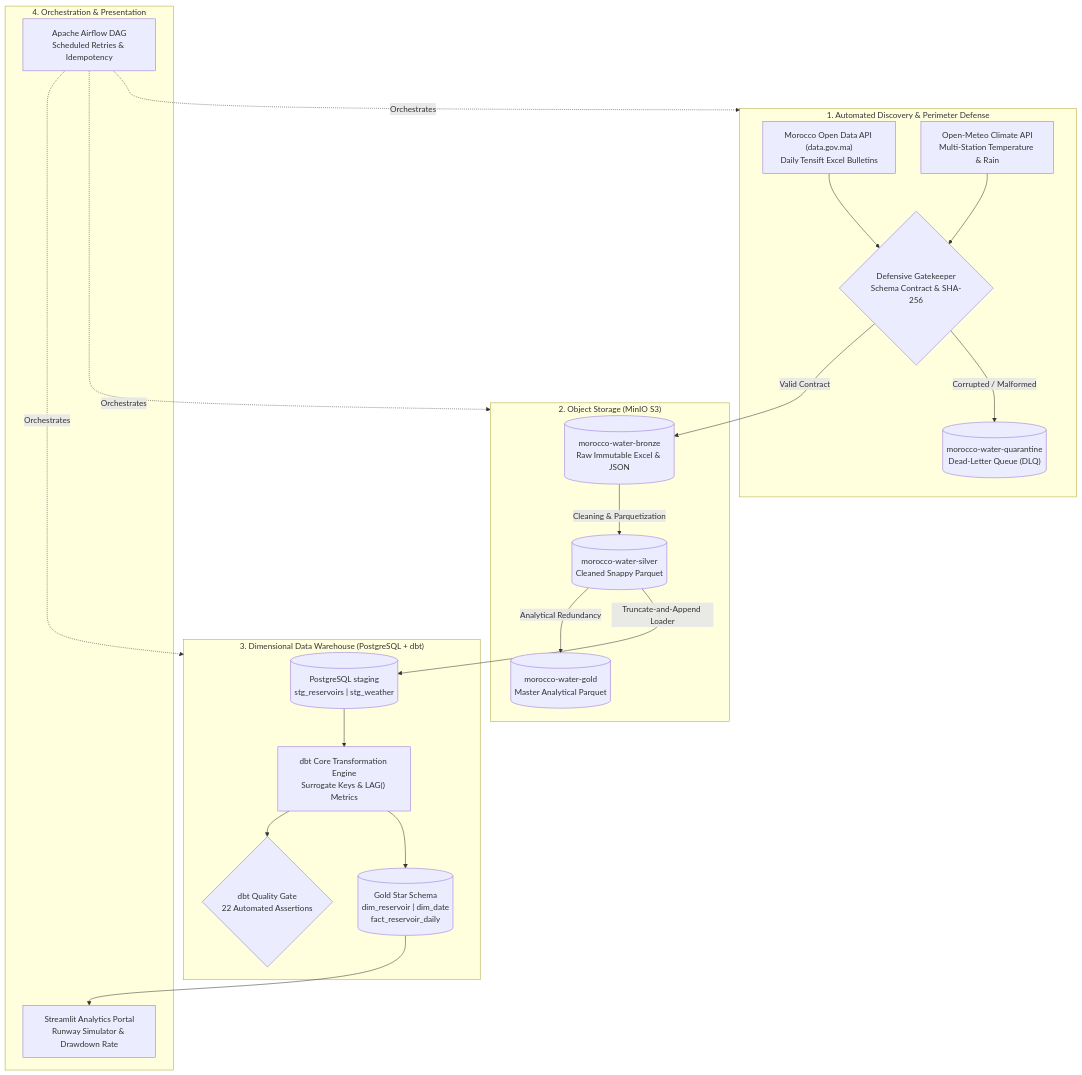
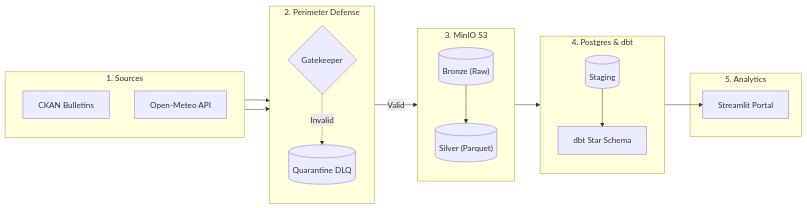
Before and after one commit to adammoutik/morocco-water-lakehouse: the diagram in README.md, drawn with Mermaid. The commit also changed 2 other files, not shown here.

Commit message:
docs: add environment template and streamline architecture diagram

````diff
--- a/README.md
+++ b/README.md
@@ -19,42 +19,34 @@
 ```mermaid
-graph TD
-    subgraph Ingestion ["1. Automated Discovery & Perimeter Defense"]
-        CKAN["Morocco Open Data API (data.gov.ma)<br/>Daily Tensift Excel Bulletins"]
-        Meteo["Open-Meteo Climate API<br/>Multi-Station Temperature & Rain"]
-        Gatekeeper{"Defensive Gatekeeper<br/>Schema Contract & SHA-256"}
-        Quarantine[("morocco-water-quarantine<br/>Dead-Letter Queue (DLQ)")]
+flowchart LR
+    subgraph S1["1. Sources"]
+        direction TB
+        C["CKAN Bulletins"]
+        W["Open-Meteo API"]
     end
 
-    subgraph Storage ["2. Object Storage (MinIO S3)"]
-        Bronze[("morocco-water-bronze<br/>Raw Immutable Excel & JSON")]
-        Silver[("morocco-water-silver<br/>Cleaned Snappy Parquet")]
-        GoldStorage[("morocco-water-gold<br/>Master Analytical Parquet")]
+    subgraph S2["2. Perimeter Defense"]
+        direction TB
+        G{"Gatekeeper"}
+        Q[("Quarantine DLQ")]
     end
 
-    subgraph Warehouse ["3. Dimensional Data Warehouse (PostgreSQL + dbt)"]
-        Staging[("PostgreSQL staging<br/>stg_reservoirs | stg_weather")]
-        dbt["dbt Core Transformation Engine<br/>Surrogate Keys & LAG() Metrics"]
-        StarSchema[("Gold Star Schema<br/>dim_reservoir | dim_date<br/>fact_reservoir_daily")]
-        dbtTests{"dbt Quality Gate<br/>22 Automated Assertions"}
+    subgraph S3["3. MinIO S3"]
+        direction TB
+        B[("Bronze (Raw)")]
+        S[("Silver (Parquet)")]
     end
 
-    subgraph Presentation ["4. Orchestration & Presentation"]
-        Airflow["Apache Airflow DAG<br/>Scheduled Retries & Idempotency"]
-        Dashboard["Streamlit Analytics Portal<br/>Runway Simulator & Drawdown Rate"]
+    subgraph S4["4. Postgres & dbt"]
+        direction TB
+        STG[("Staging")]
+        DBT["dbt Star Schema"]
     end
 
-    CKAN --> Gatekeeper
-    Meteo --> Gatekeeper
-    Gatekeeper -- "Corrupted / Malformed" --> Quarantine
-    Gatekeeper -- "Valid Contract" --> Bronze
-    Bronze -->|"Cleaning & Parquetization"| Silver
-    Silver -->|"Truncate-and-Append Loader"| Staging
-    Staging --> dbt
-    dbt --> StarSchema
-    dbt --> dbtTests
-    Silver -->|"Analytical Redundancy"| GoldStorage
-    StarSchema --> Dashboard
-    Airflow -.->|"Orchestrates"| Ingestion
-    Airflow -.->|"Orchestrates"| Storage
-    Airflow -.->|"Orchestrates"| Warehouse
+    subgraph S5["5. Analytics"]
+        UI["Streamlit Portal"]
+    end
+
+    C & W --> G
+    G -.->|Invalid| Q
+    G -->|Valid| B --> S --> STG --> DBT --> UI
 ```
````
